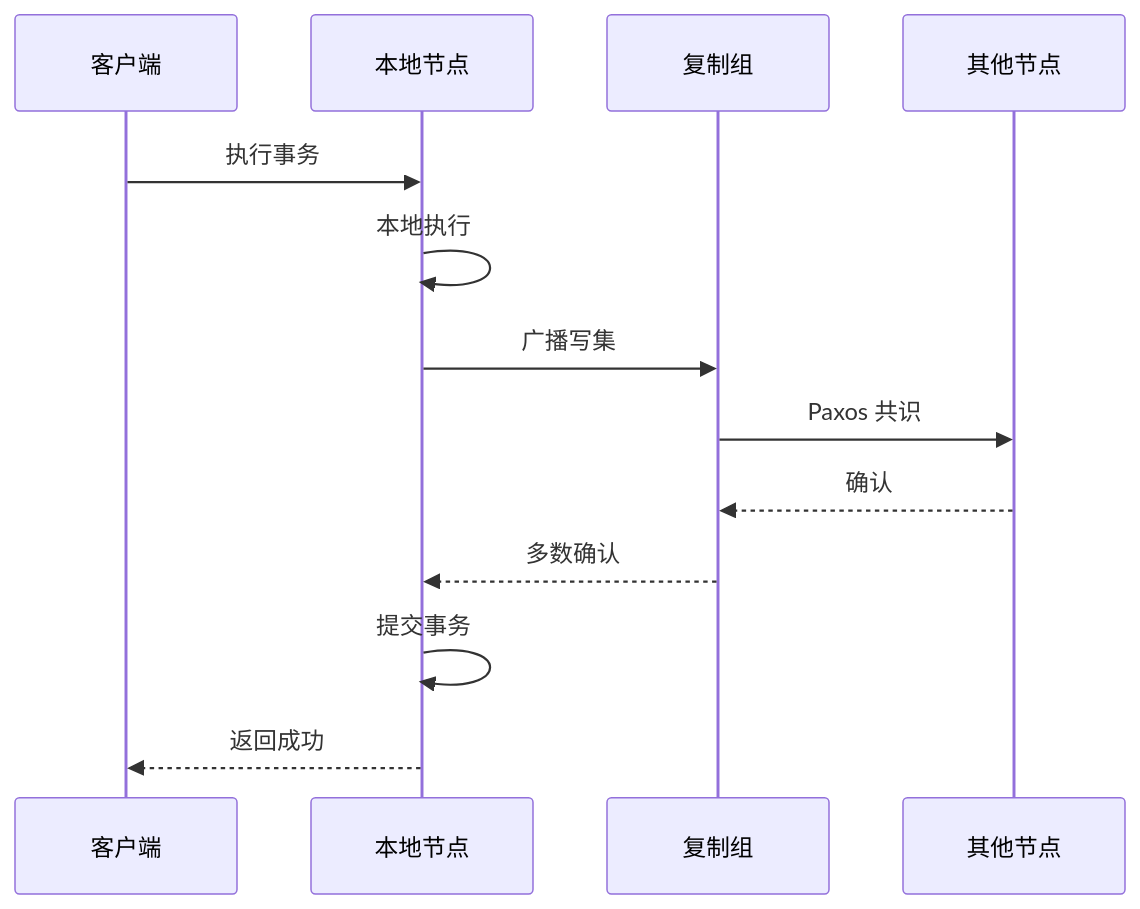
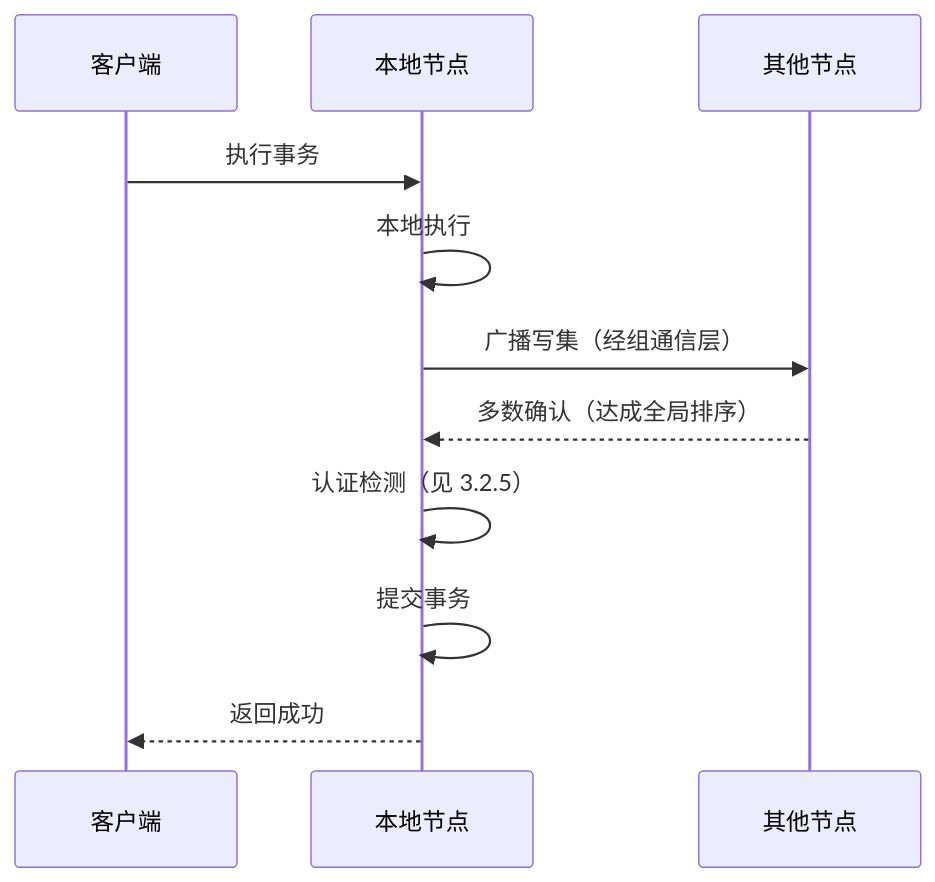
The tenth of 17 diagrams in document/MySQL/MySQL 集群架构详解.md (watslab/interview_doc), drawn with Mermaid before and after one commit. The commit also changed other lines of this file and 4 other files, not shown here.

````diff
--- a/document/MySQL/MySQL 集群架构详解.md
+++ b/document/MySQL/MySQL 集群架构详解.md
@@ -368,16 +378,14 @@
 ```mermaid
 sequenceDiagram
     participant Client as 客户端
     participant Local as 本地节点
-    participant Group as 复制组
     participant Others as 其他节点
 
     Client->>Local: 执行事务
     Local->>Local: 本地执行
-    Local->>Group: 广播写集
-    Group->>Others: Paxos 共识
-    Others-->>Group: 确认
-    Group-->>Local: 多数确认
+    Local->>Others: 广播写集（经组通信层）
+    Others-->>Local: 多数确认（达成全局排序）
+    Local->>Local: 认证检测（见 3.2.5）
     Local->>Local: 提交事务
     Local-->>Client: 返回成功
 ```
````
